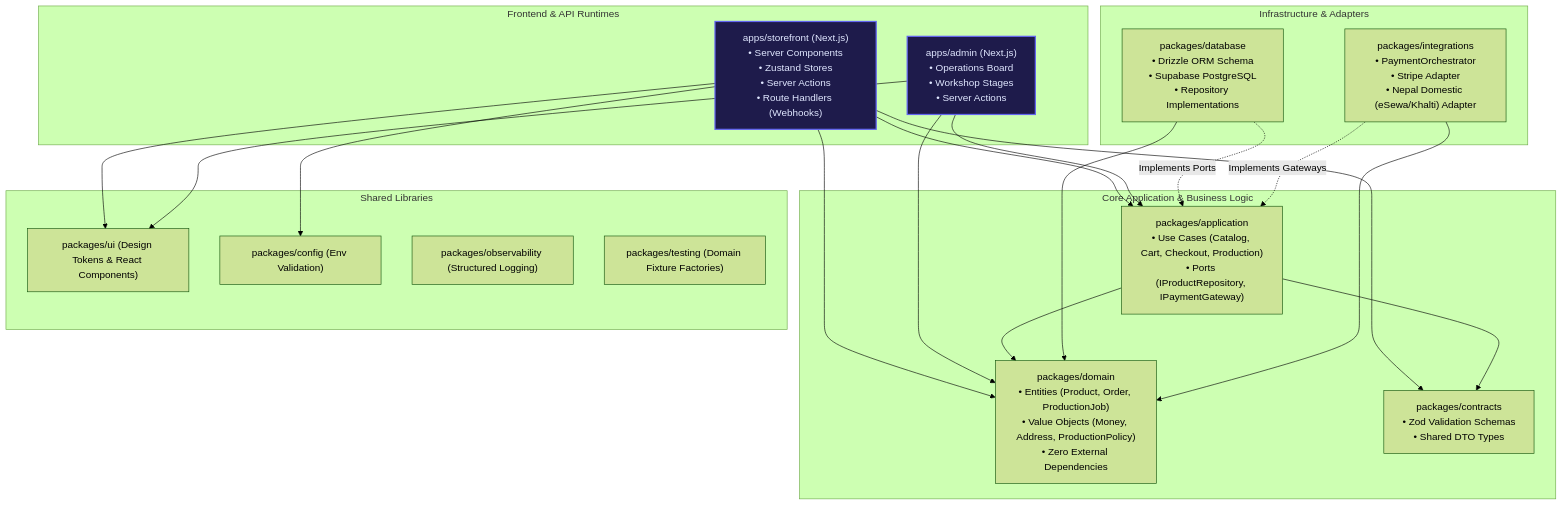
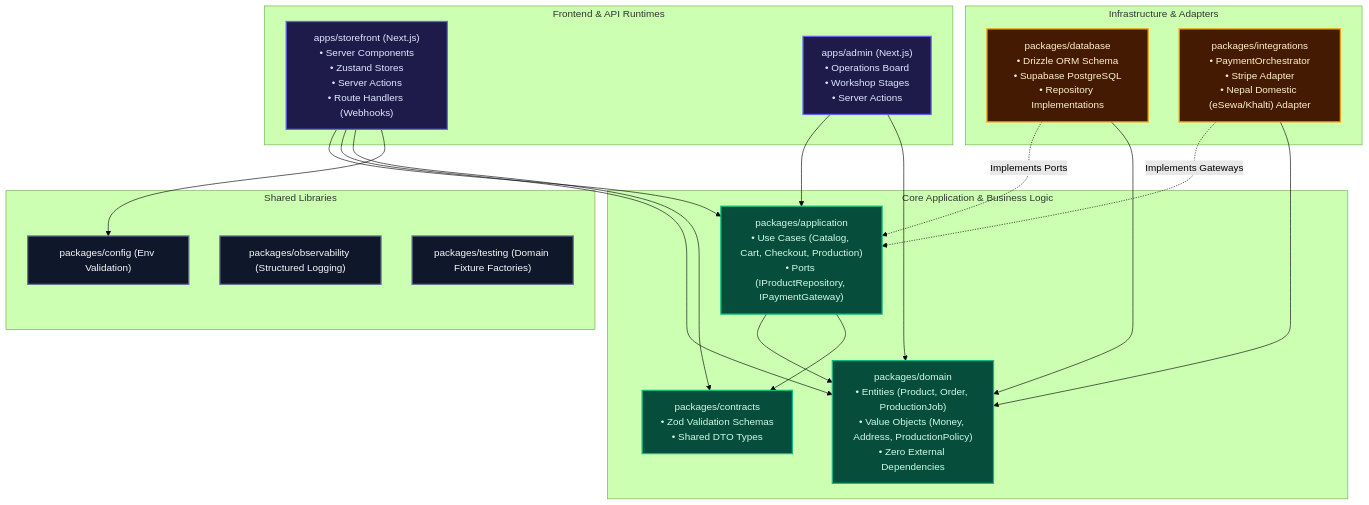
The diagram in docs/adr/ADR-001-modular-monolith.md (Sarthak2233/Jeanius), drawn with Mermaid (forest theme) before and after one commit. The commit also changed other lines of this file and 160 other files, not shown here.

First line of the commit message:
feat(storefront): implement design system, shell, and auth security (JN-111..JN-156)

````diff
--- a/docs/adr/ADR-001-modular-monolith.md
+++ b/docs/adr/ADR-001-modular-monolith.md
@@ -92,54 +92,51 @@
 ```mermaid
 graph TD
     subgraph Frontend & API Runtimes
         Storefront["apps/storefront (Next.js)<br/>• Server Components<br/>• Zustand Stores<br/>• Server Actions<br/>• Route Handlers (Webhooks)"]
         Admin["apps/admin (Next.js)<br/>• Operations Board<br/>• Workshop Stages<br/>• Server Actions"]
     end
 
     subgraph Core Application & Business Logic
         AppLayer["packages/application<br/>• Use Cases (Catalog, Cart, Checkout, Production)<br/>• Ports (IProductRepository, IPaymentGateway)"]
         Domain["packages/domain<br/>• Entities (Product, Order, ProductionJob)<br/>• Value Objects (Money, Address, ProductionPolicy)<br/>• Zero External Dependencies"]
         Contracts["packages/contracts<br/>• Zod Validation Schemas<br/>• Shared DTO Types"]
     end
 
     subgraph Infrastructure & Adapters
         Database["packages/database<br/>• Drizzle ORM Schema<br/>• Supabase PostgreSQL<br/>• Repository Implementations"]
         Integrations["packages/integrations<br/>• PaymentOrchestrator<br/>• Stripe Adapter<br/>• Nepal Domestic (eSewa/Khalti) Adapter"]
     end
 
     subgraph Shared Libraries
-        UI["packages/ui (Design Tokens & React Components)"]
         Config["packages/config (Env Validation)"]
         Obs["packages/observability (Structured Logging)"]
         Testing["packages/testing (Domain Fixture Factories)"]
     end
 
     Storefront --> AppLayer
     Storefront --> Domain
     Storefront --> Contracts
-    Storefront --> UI
     Storefront --> Config
 
     Admin --> AppLayer
     Admin --> Domain
-    Admin --> UI
 
     AppLayer --> Domain
     AppLayer --> Contracts
 
     Database -.->|Implements Ports| AppLayer
     Database --> Domain
 
     Integrations -.->|Implements Gateways| AppLayer
     Integrations --> Domain
 
     classDef indigo fill:#1e1b4b,stroke:#6366f1,stroke-width:2px,color:#e0e7ff;
     classDef emerald fill:#064e3b,stroke:#10b981,stroke-width:2px,color:#d1fae5;
     classDef amber fill:#451a03,stroke:#f59e0b,stroke-width:2px,color:#fef3c7;
     classDef slate fill:#0f172a,stroke:#64748b,stroke-width:2px,color:#f8fafc;
 
     class Storefront,Admin indigo;
-    class AppLayer,Domain,Contracts core;
-    class Database,Integrations infra;
-    class UI,Config,Obs,Testing shared;
+    class AppLayer,Domain,Contracts emerald;
+    class Database,Integrations amber;
+    class Config,Obs,Testing slate;
 ```
````
